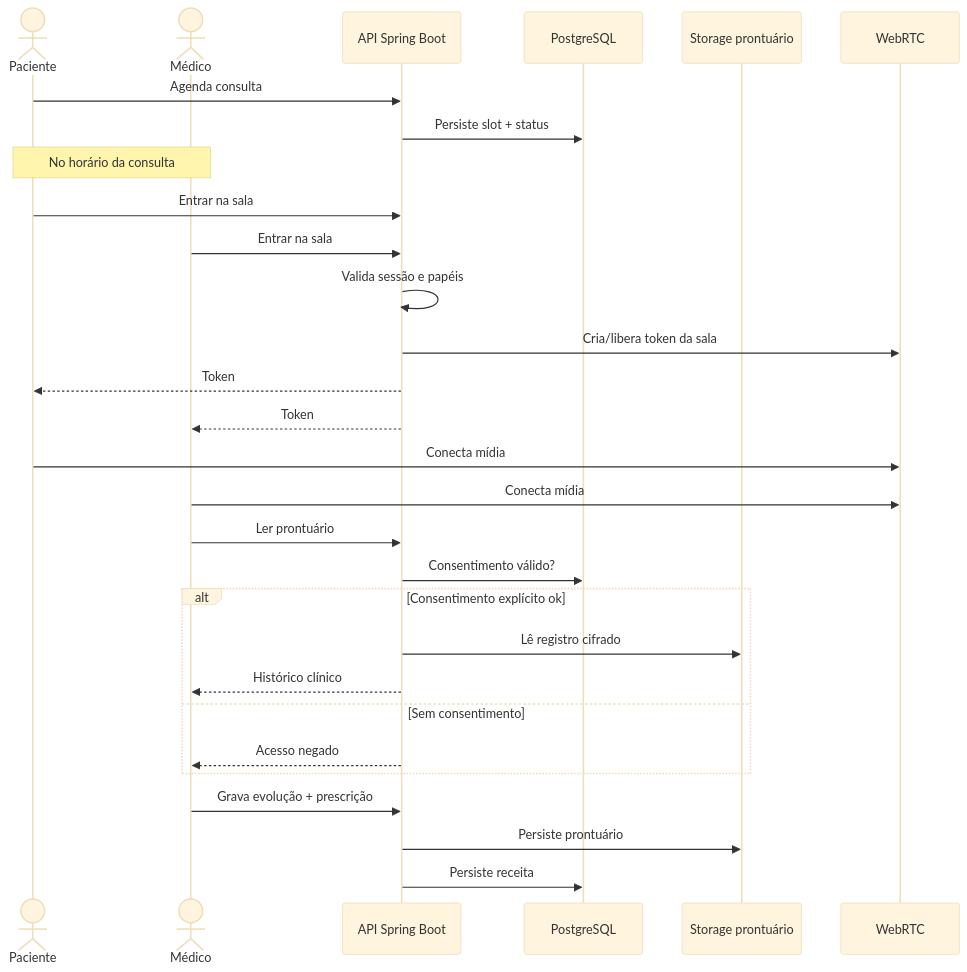
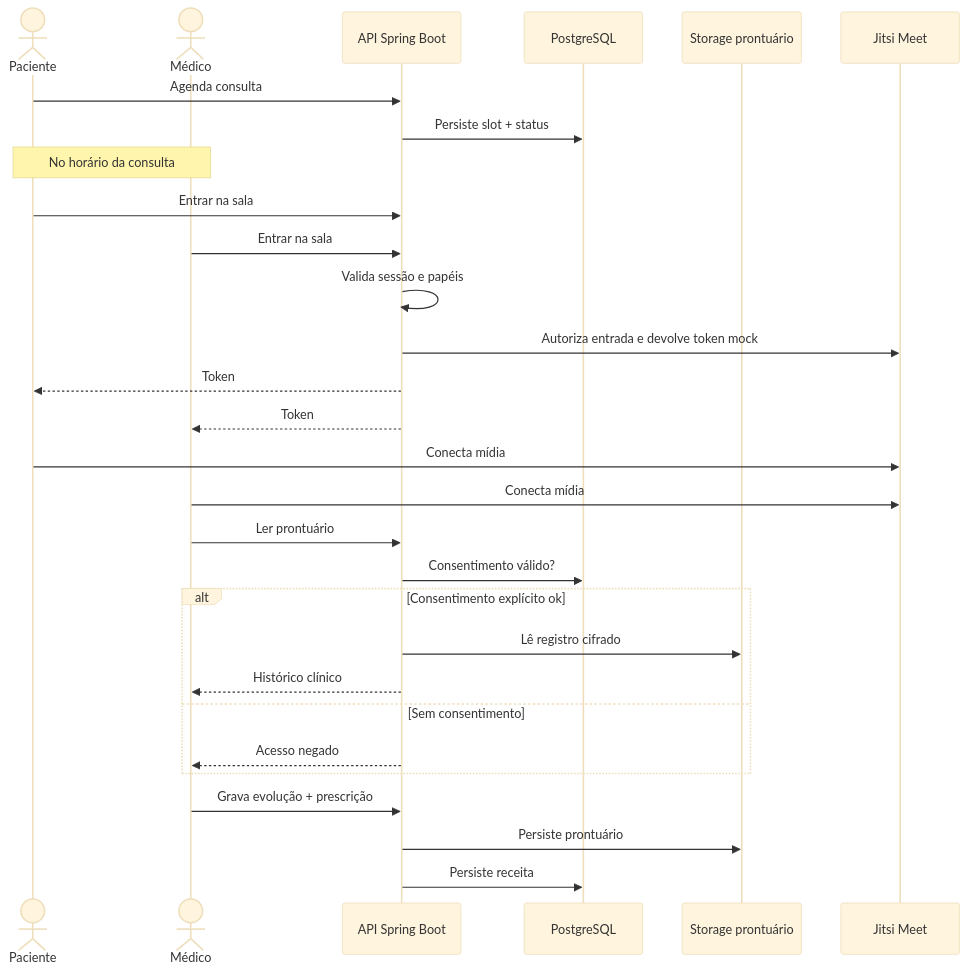
The third of 3 diagrams in README.md (iagobcosta/vida-conecta), drawn with Mermaid (base theme) before and after one commit. The commit also changed other lines of this file and 7 other files, not shown here.

````diff
--- a/README.md
+++ b/README.md
@@ -111,32 +111,32 @@
 ```mermaid
 sequenceDiagram
   actor Paciente
   actor Médico
   participant API as API Spring Boot
   participant PG as PostgreSQL
   participant EHR as Storage prontuário
-  participant SFU as WebRTC
+  participant JITSI as Jitsi Meet
 
   Paciente->>API: Agenda consulta
   API->>PG: Persiste slot + status
   Note over Paciente,Médico: No horário da consulta
   Paciente->>API: Entrar na sala
   Médico->>API: Entrar na sala
   API->>API: Valida sessão e papéis
-  API->>SFU: Cria/libera token da sala
+  API->>JITSI: Autoriza entrada e devolve token mock
   API-->>Paciente: Token
   API-->>Médico: Token
-  Paciente->>SFU: Conecta mídia
-  Médico->>SFU: Conecta mídia
+  Paciente->>JITSI: Conecta mídia
+  Médico->>JITSI: Conecta mídia
   Médico->>API: Ler prontuário
   API->>PG: Consentimento válido?
   alt Consentimento explícito ok
     API->>EHR: Lê registro cifrado
     API-->>Médico: Histórico clínico
   else Sem consentimento
     API-->>Médico: Acesso negado
   end
   Médico->>API: Grava evolução + prescrição
   API->>EHR: Persiste prontuário
   API->>PG: Persiste receita
 ```
````
